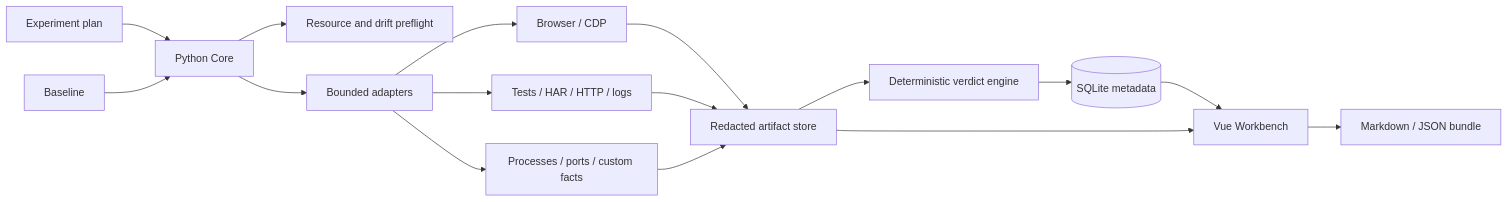
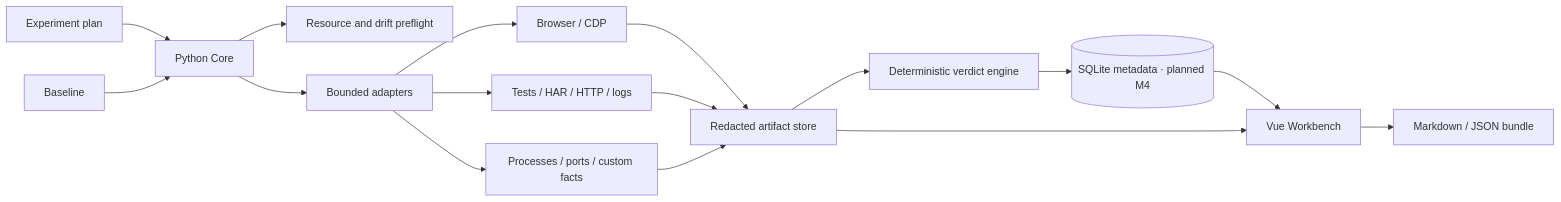
Before and after one commit to NoctilumeDev/VeriTrail: the diagram in docs/02-architecture.md, drawn with Mermaid. The commit also changed other lines of this file and 4 other files, not shown here.

````diff
--- a/docs/02-architecture.md
+++ b/docs/02-architecture.md
@@ -10,18 +10,18 @@
 ```mermaid
 flowchart LR
     Plan["Experiment plan"] --> Core["Python Core"]
     Baseline["Baseline"] --> Core
     Core --> Preflight["Resource and drift preflight"]
     Core --> Adapters["Bounded adapters"]
     Adapters --> Browser["Browser / CDP"]
     Adapters --> Imports["Tests / HAR / HTTP / logs"]
     Adapters --> Facts["Processes / ports / custom facts"]
     Browser --> Artifacts["Redacted artifact store"]
     Imports --> Artifacts
     Facts --> Artifacts
     Artifacts --> Rules["Deterministic verdict engine"]
-    Rules --> SQLite[("SQLite metadata")]
+    Rules --> SQLite[("SQLite metadata · planned M4")]
     SQLite --> UI["Vue Workbench"]
     Artifacts --> UI
     UI --> Export["Markdown / JSON bundle"]
 ```
````
